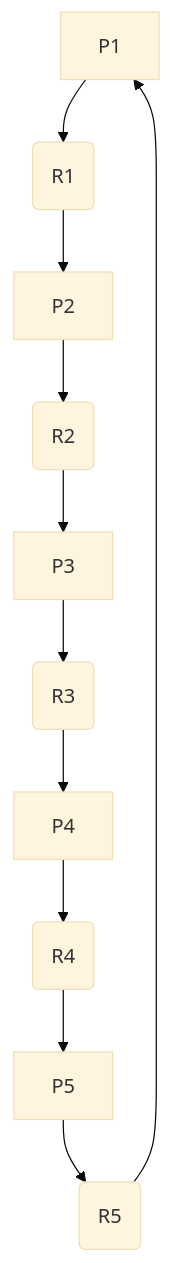
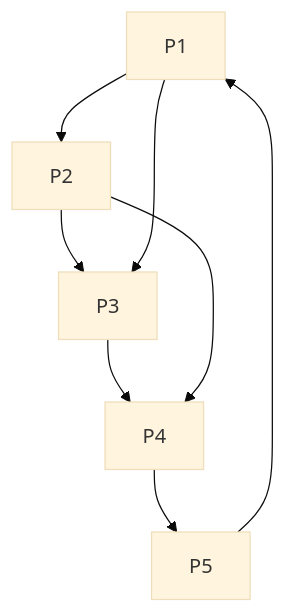
One commit to EmptyBlueBox/Operating_Systems-2025Spring-PKU changed the fifth of 14 diagrams in Resource/思考题.md. Above: the diagram before and after it, drawn with Mermaid (base theme). The commit also changed other lines of this file and 22 other files, not shown here.

````diff
--- a/Resource/思考题.md
+++ b/Resource/思考题.md
@@ -874,13 +770,6 @@
-    ```mermaid
-    graph TD
-      P1 --> R1(R1)
-      R1 --> P2
-      P2 --> R2(R2)
-      R2 --> P3
-      P3 --> R3(R3)
-      R3 --> P4
-      P4 --> R4(R4)
-      R4 --> P5
-      P5 --> R5(R5)
-      R5 --> P1
-    ```
+```mermaid
+graph TD
+    P1 --> P2 --> P3 --> P4 --> P5 --> P1
+    P1 --> P3
+    P2 --> P4
+```
````
